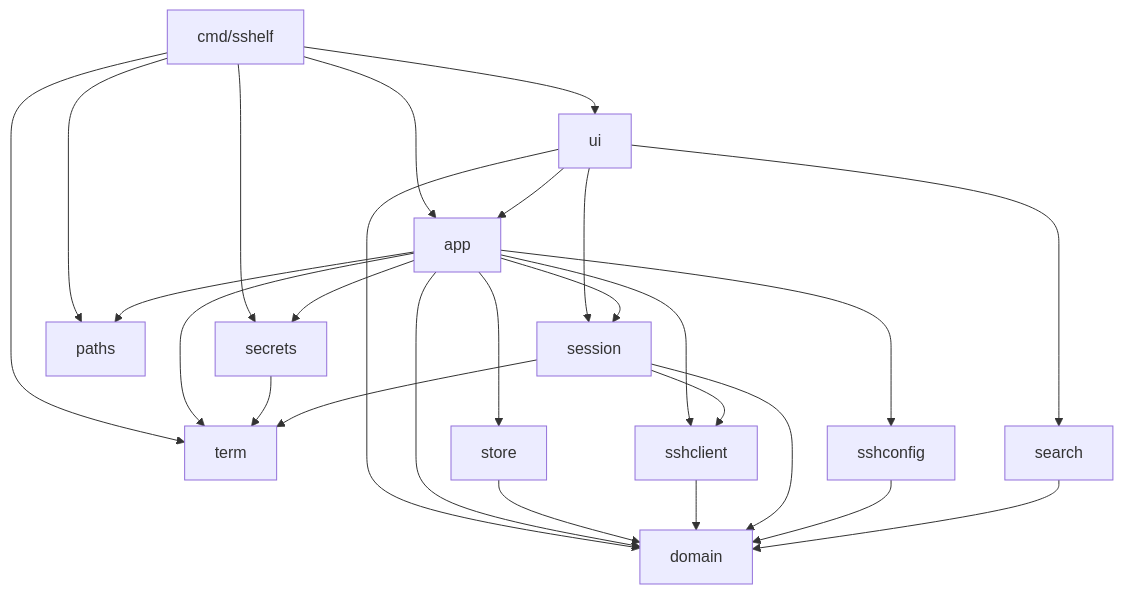
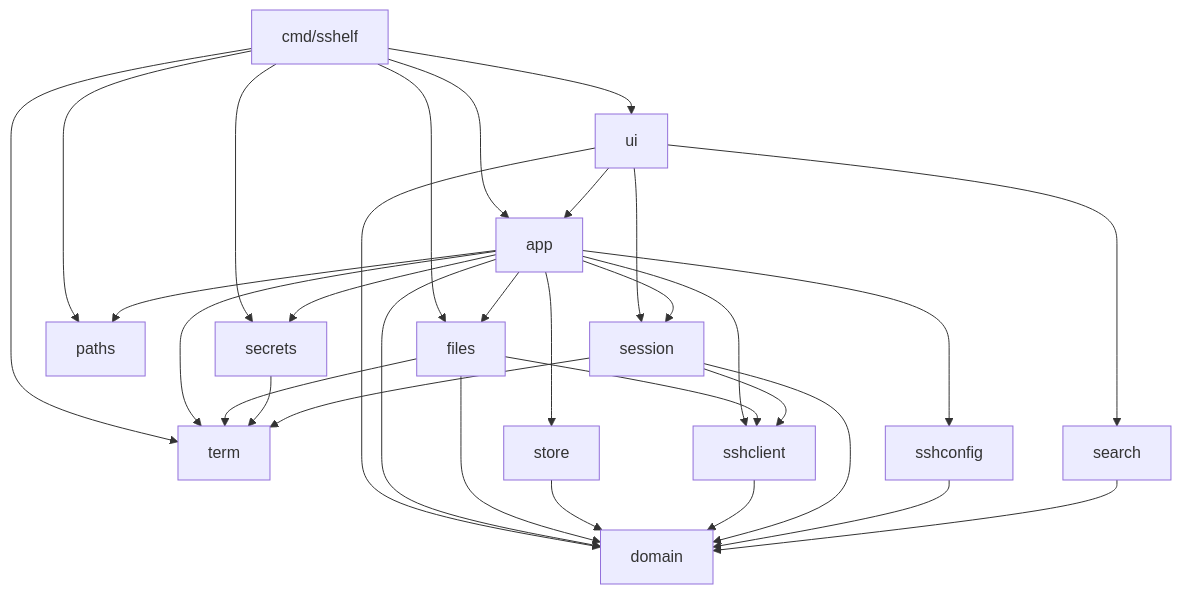
Before and after one commit to RafaelXokito/sshelf: the first of 5 diagrams in specs/architecture/design.md, drawn with Mermaid. The commit also changed other lines of this file and 7 other files, not shown here.

````diff
--- a/specs/architecture/design.md
+++ b/specs/architecture/design.md
@@ -781,28 +1136,33 @@
 ```mermaid
 flowchart TD
     main[cmd/sshelf] --> app
     main --> ui
     main --> secrets
     main --> paths
     main --> term
+    main --> files
     ui --> app
     ui --> domain
     ui --> search
     ui --> session
     app --> store
     app --> secrets
     app --> sshclient
     app --> session
     app --> sshconfig
     app --> domain
     app --> paths
     app --> term
+    app --> files
+    files --> sshclient
+    files --> domain
+    files --> term
     store --> domain
     secrets --> term
     sshclient --> domain
     session --> sshclient
     session --> domain
     session --> term
     sshconfig --> domain
     search --> domain
 ```
````
